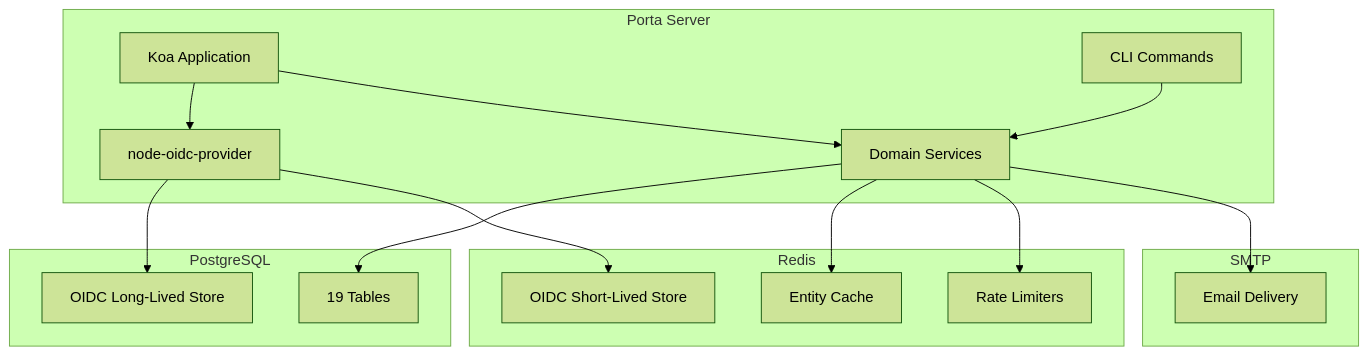
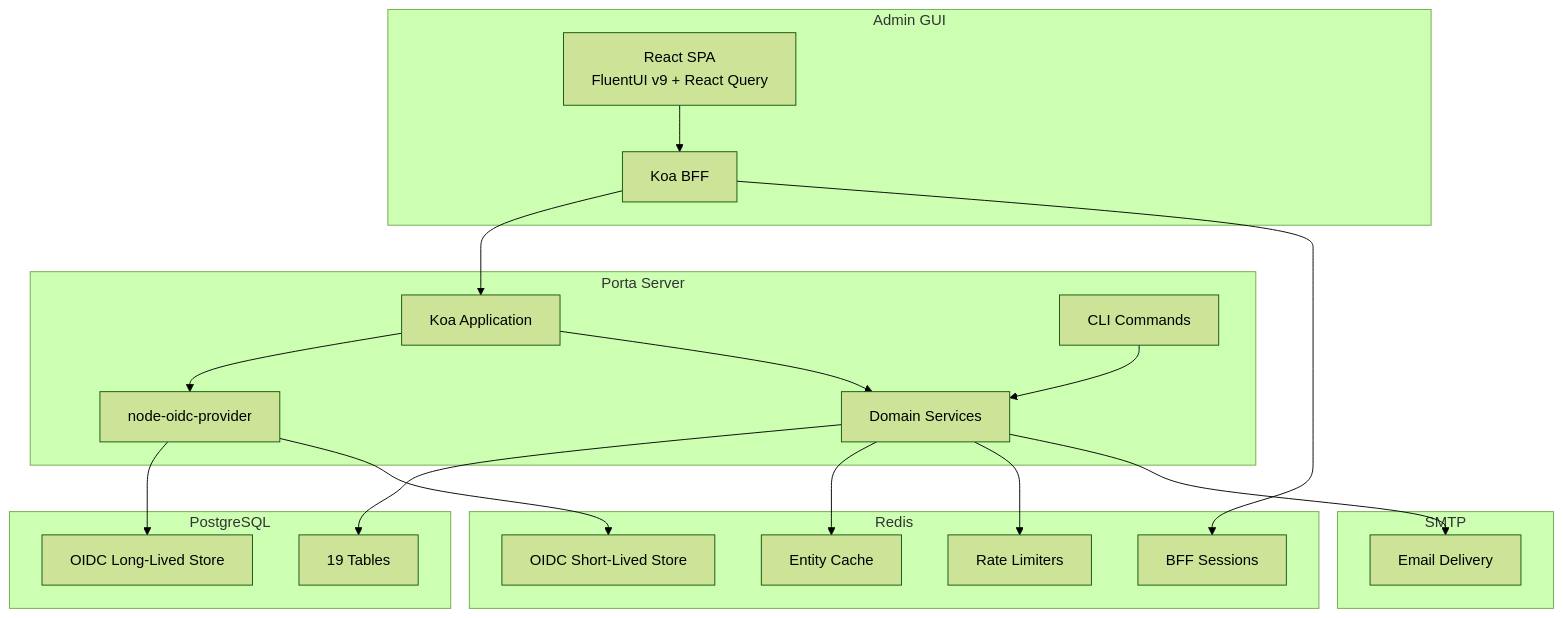
One commit to blendsdk/porta-identity changed the fourth of 4 diagrams in docs/implementation-details/reference/integrations.md. Above: the diagram before and after it, drawn with Mermaid (forest theme). The commit also changed other lines of this file and 11 other files, not shown here.

First line of the commit message:
docs(techdocs): comprehensive update — add Admin GUI architecture, BFF security, ADR-013

````diff
--- a/docs/implementation-details/reference/integrations.md
+++ b/docs/implementation-details/reference/integrations.md
@@ -319,34 +416,43 @@
 ```mermaid
 graph TB
     subgraph "Porta Server"
         KOA[Koa Application]
         OIDC[node-oidc-provider]
         SERVICES[Domain Services]
         CLI_CMD[CLI Commands]
+    end
+
+    subgraph "Admin GUI"
+        BFF[Koa BFF]
+        SPA[React SPA<br/>FluentUI v9 + React Query]
     end
 
     subgraph "PostgreSQL"
         TABLES[19 Tables]
         OIDC_PG[OIDC Long-Lived Store]
     end
 
     subgraph "Redis"
         CACHE[Entity Cache]
         OIDC_RD[OIDC Short-Lived Store]
         RATE[Rate Limiters]
+        SESSIONS[BFF Sessions]
     end
 
     subgraph "SMTP"
         EMAIL[Email Delivery]
     end
 
+    SPA --> BFF
+    BFF --> KOA
+    BFF --> SESSIONS
     KOA --> OIDC
     KOA --> SERVICES
     SERVICES --> TABLES
     SERVICES --> CACHE
     OIDC --> OIDC_PG
     OIDC --> OIDC_RD
     SERVICES --> RATE
     SERVICES --> EMAIL
     CLI_CMD --> SERVICES
 ```
````
